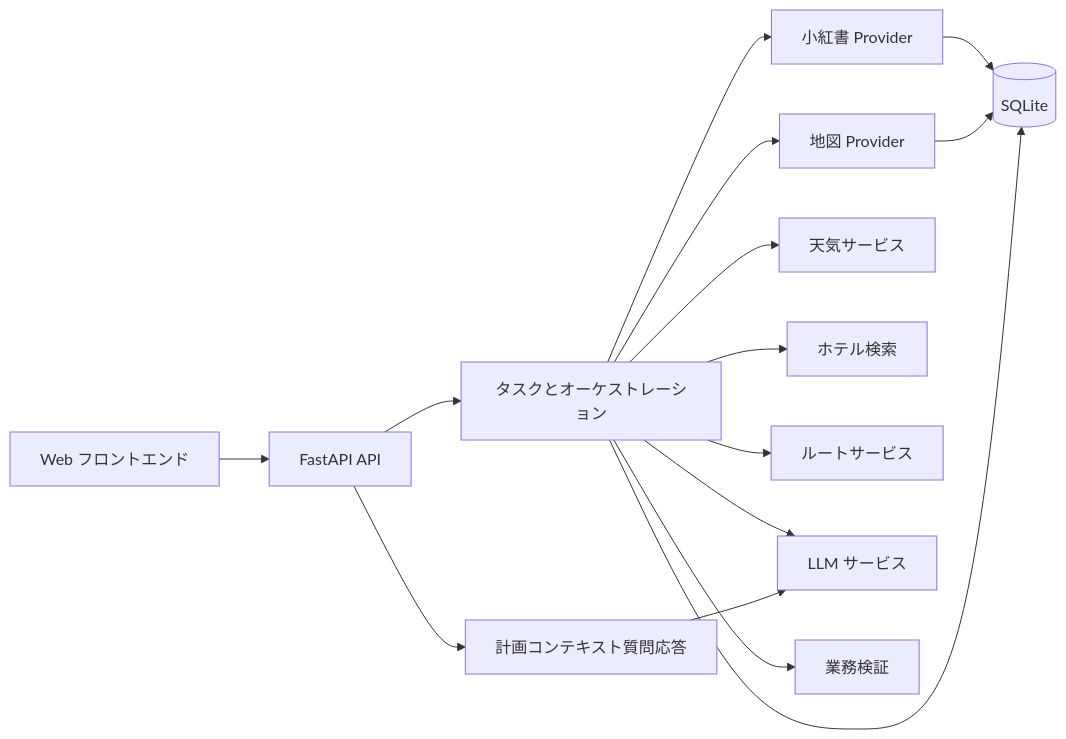
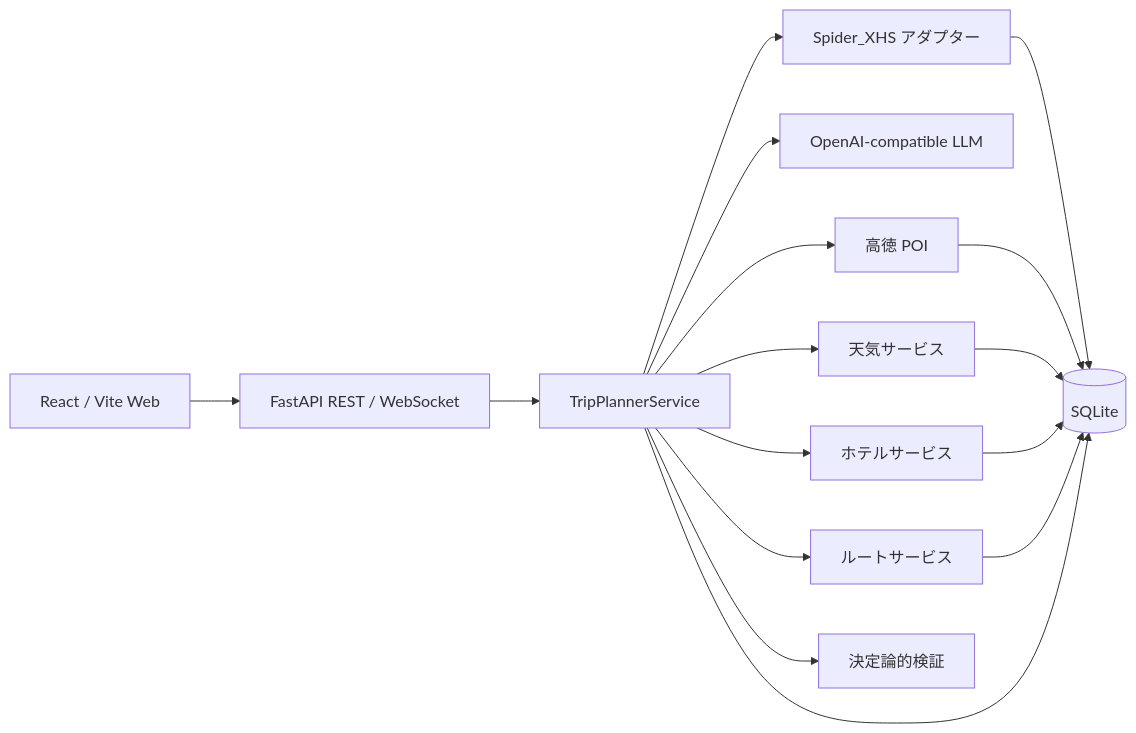
One commit to dolt-y/TravelMind-AI changed the second of 2 diagrams in README_ja.md. Above: the diagram before and after it, drawn with Mermaid. The commit also changed other lines of this file and 4 other files, not shown here.

````diff
--- a/README_ja.md
+++ b/README_ja.md
@@ -57,17 +206,18 @@
 ```mermaid
 flowchart LR
-    UI[Web フロントエンド] --> API[FastAPI API]
-    API --> TASK[タスクとオーケストレーション]
-    TASK --> XHS[小紅書 Provider]
-    TASK --> MAP[地図 Provider]
-    TASK --> WEATHER[天気サービス]
-    TASK --> HOTEL[ホテル検索]
-    TASK --> ROUTE[ルートサービス]
-    TASK --> LLM[LLM サービス]
-    TASK --> VALIDATE[業務検証]
-    XHS --> DB[(SQLite)]
-    MAP --> DB
-    TASK --> DB
-    API --> CHAT[計画コンテキスト質問応答]
-    CHAT --> LLM
+    UI["React / Vite Web"] --> API["FastAPI REST / WebSocket"]
+    API --> ORCH["TripPlannerService"]
+    ORCH --> XHS["Spider_XHS アダプター"]
+    ORCH --> LLM["OpenAI-compatible LLM"]
+    ORCH --> POI["高徳 POI"]
+    ORCH --> WEATHER["天気サービス"]
+    ORCH --> HOTEL["ホテルサービス"]
+    ORCH --> ROUTE["ルートサービス"]
+    ORCH --> VALIDATE["決定論的検証"]
+    XHS --> DB[("SQLite")]
+    POI --> DB
+    WEATHER --> DB
+    HOTEL --> DB
+    ROUTE --> DB
+    ORCH --> DB
 ```
````
